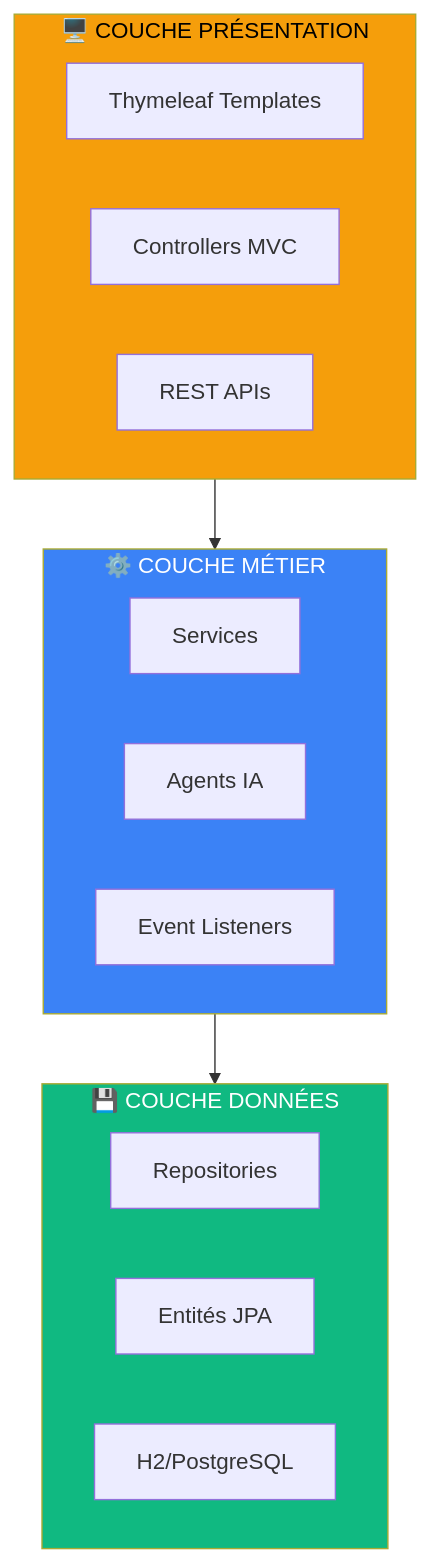
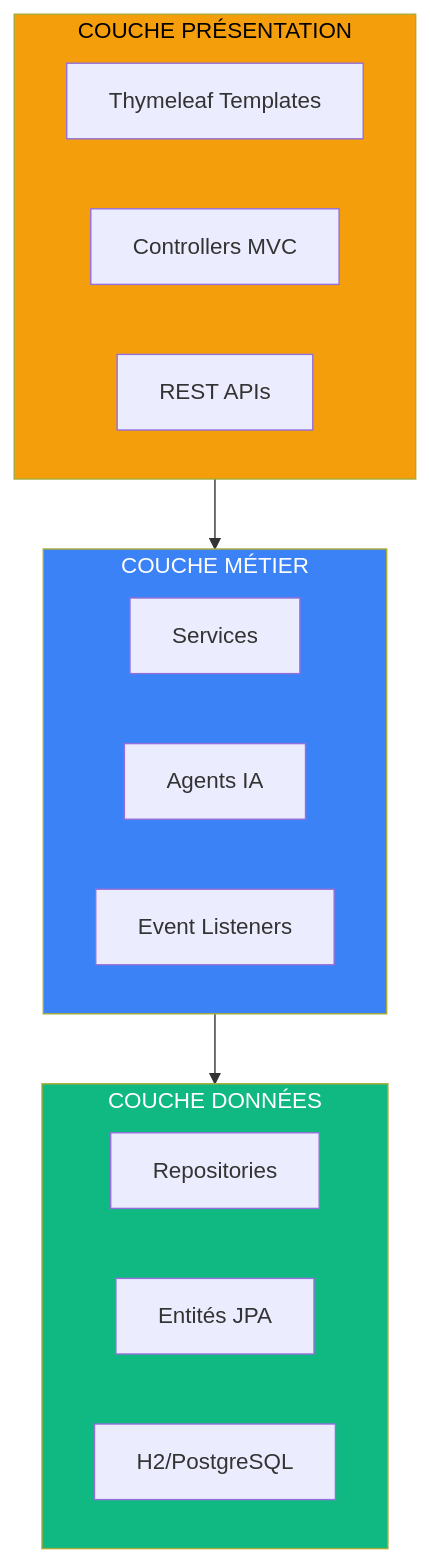
Before and after one commit to AM1N8/Dumpster: the second of 12 diagrams in this.md, drawn with Mermaid. The commit also changed other lines of this file, not shown here.

````diff
--- a/this.md
+++ b/this.md
@@ -111,30 +111,30 @@
 ```mermaid
 graph TB
-    subgraph PRESENTATION["🖥️ COUCHE PRÉSENTATION"]
+    subgraph PRESENTATION["COUCHE PRÉSENTATION"]
         direction LR
         T1["Thymeleaf Templates"]
         T2["Controllers MVC"]
         T3["REST APIs"]
     end
     
-    subgraph METIER["⚙️ COUCHE MÉTIER"]
+    subgraph METIER["COUCHE MÉTIER"]
         direction LR
         M1["Services"]
         M2["Agents IA"]
         M3["Event Listeners"]
     end
     
-    subgraph DONNEES["💾 COUCHE DONNÉES"]
+    subgraph DONNEES["COUCHE DONNÉES"]
         direction LR
         D1["Repositories"]
         D2["Entités JPA"]
         D3["H2/PostgreSQL"]
     end
     
     PRESENTATION --> METIER
     METIER --> DONNEES
     
     style PRESENTATION fill:#f59e0b,color:#000
     style METIER fill:#3b82f6,color:#fff
     style DONNEES fill:#10b981,color:#fff
 ```
````
